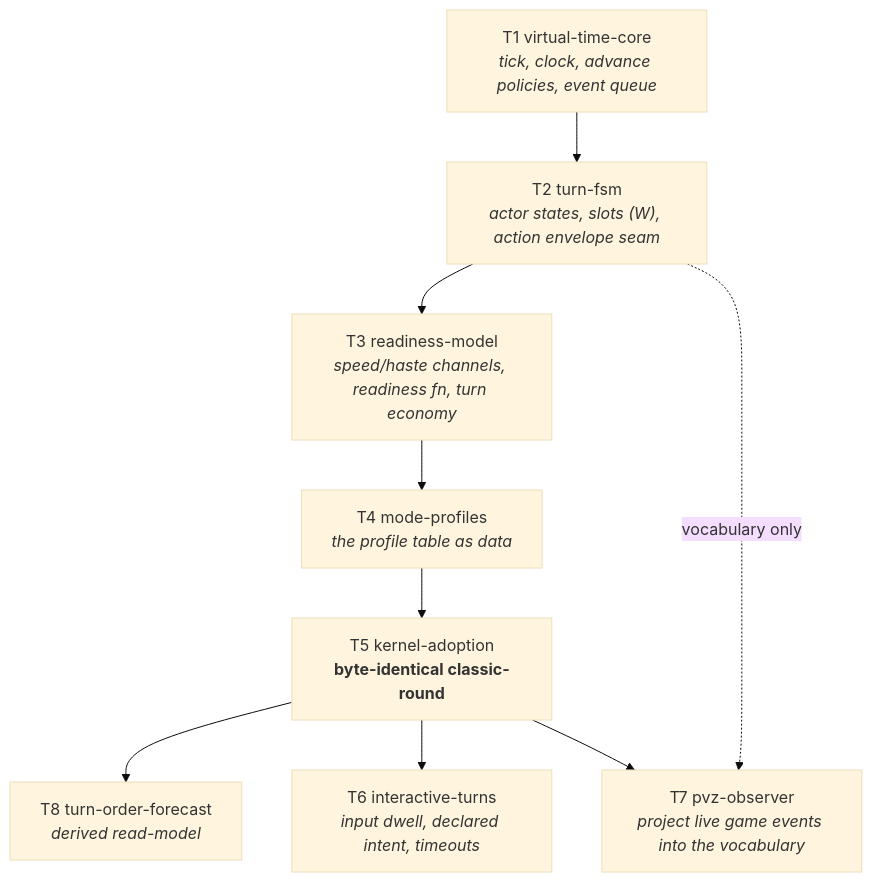
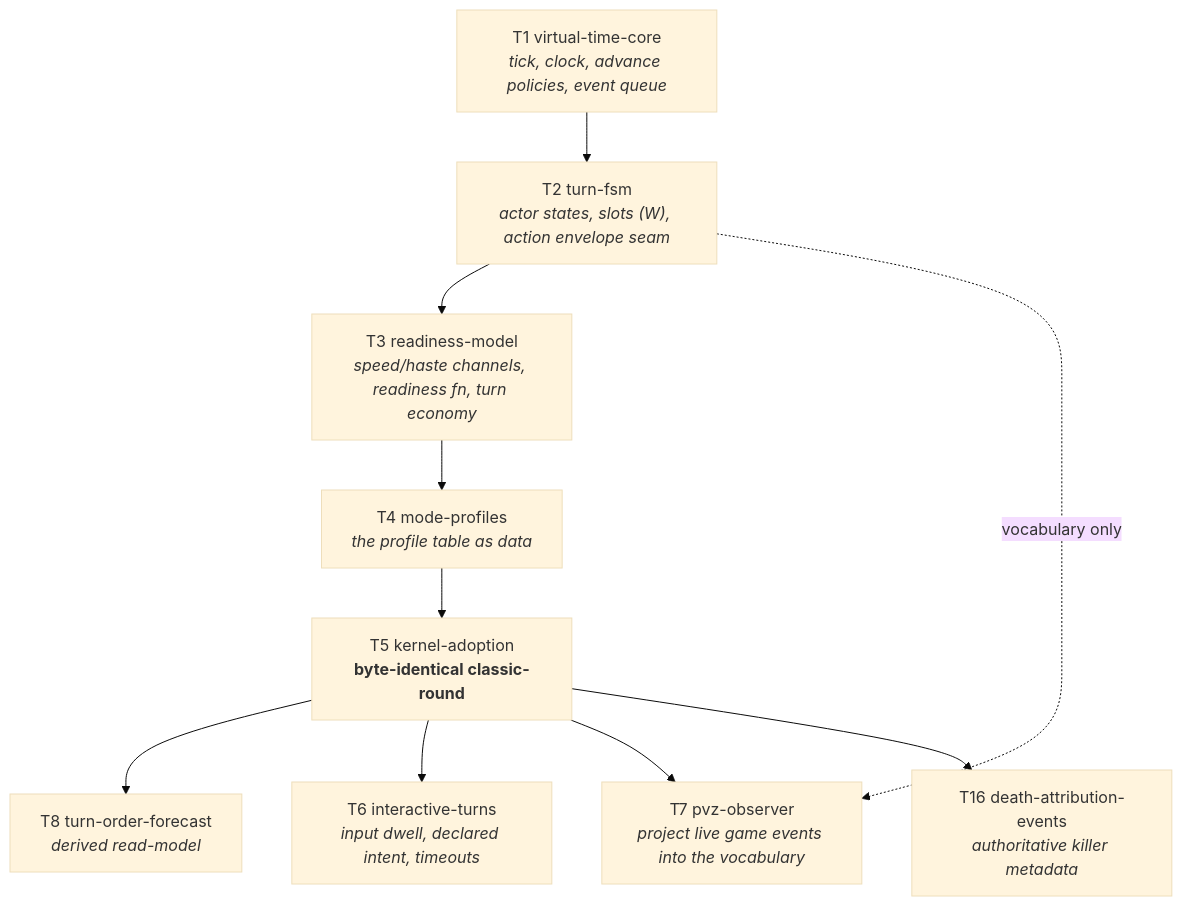
The diagram in docs/architecture/battle-timeline-map.md (letuhao/plant-vs-zombie-rise-of-summoner), drawn with Mermaid (base theme) before and after one commit. The commit also changed other lines of this file and 101 other files, not shown here.

````diff
--- a/docs/architecture/battle-timeline-map.md
+++ b/docs/architecture/battle-timeline-map.md
@@ -157,17 +158,19 @@
 ```mermaid
 flowchart TB
   T1["T1 virtual-time-core<br/><i>tick, clock, advance policies, event queue</i>"]
   T2["T2 turn-fsm<br/><i>actor states, slots (W), action envelope seam</i>"]
   T3["T3 readiness-model<br/><i>speed/haste channels, readiness fn, turn economy</i>"]
   T4["T4 mode-profiles<br/><i>the profile table as data</i>"]
   T5["T5 kernel-adoption<br/><b>byte-identical classic-round</b>"]
   T6["T6 interactive-turns<br/><i>input dwell, declared intent, timeouts</i>"]
   T7["T7 pvz-observer<br/><i>project live game events into the vocabulary</i>"]
   T8["T8 turn-order-forecast<br/><i>derived read-model</i>"]
+  T16["T16 death-attribution-events<br/><i>authoritative killer metadata</i>"]
 
   T1 --> T2 --> T3 --> T4 --> T5
   T5 --> T8
   T5 --> T6
   T2 -.vocabulary only.-> T7
   T5 --> T7
+  T5 --> T16
 ```
````
